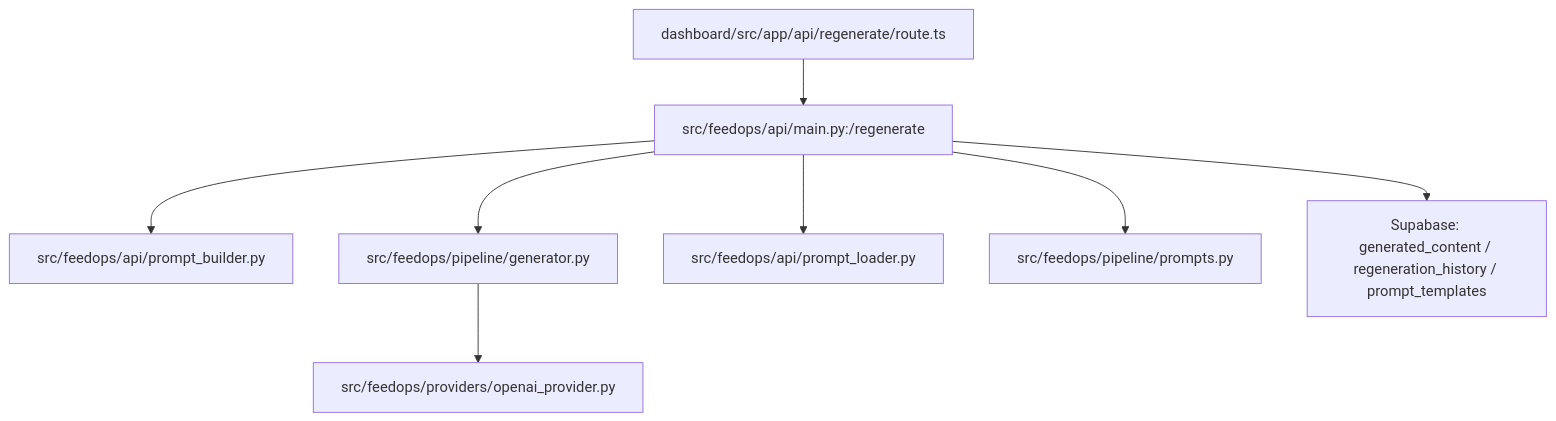
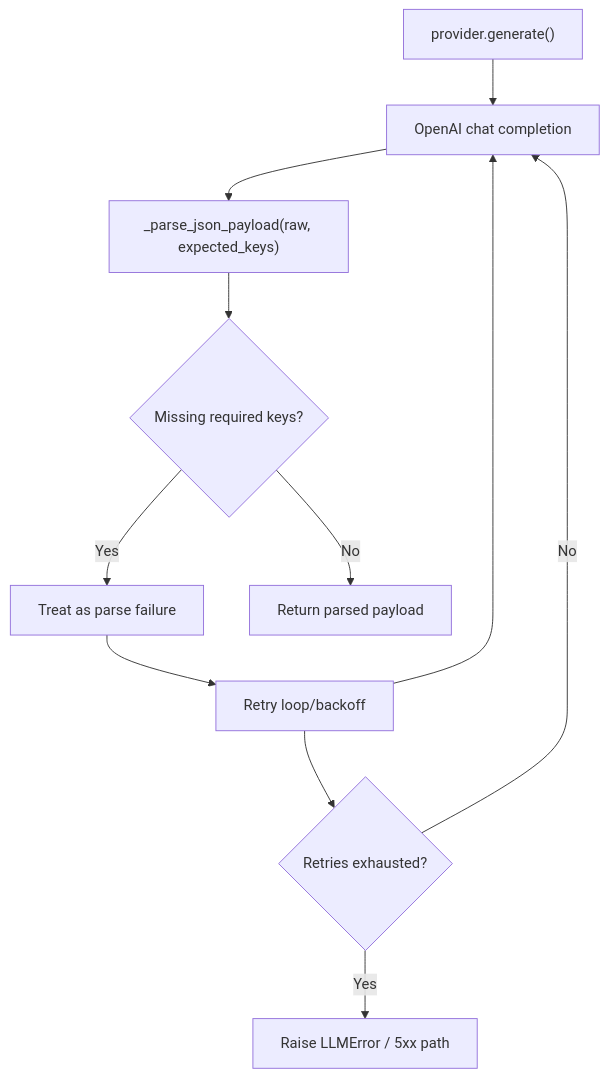
Before and after one commit to bobby-andris/Allied-FeedOps: the seventh of 8 diagrams in docs/architecture/2026-02-26-prompt-source-and-generation-flow.md, drawn with Mermaid. The commit also changed other lines of this file and 12 other files, not shown here.

First line of the commit message:
feat(regenerate): async enqueue/status path and parity guardrails (#22)

````diff
--- a/docs/architecture/2026-02-26-prompt-source-and-generation-flow.md
+++ b/docs/architecture/2026-02-26-prompt-source-and-generation-flow.md
@@ -77,10 +186,14 @@
 ```mermaid
 flowchart TD
-  A["dashboard/src/app/api/regenerate/route.ts"] --> B["src/feedops/api/main.py:/regenerate"]
-  B --> C["src/feedops/api/prompt_builder.py"]
-  B --> D["src/feedops/pipeline/generator.py"]
-  D --> E["src/feedops/providers/openai_provider.py"]
-  B --> F["src/feedops/api/prompt_loader.py"]
-  B --> G["src/feedops/pipeline/prompts.py"]
-  B --> H["Supabase: generated_content / regeneration_history / prompt_templates"]
+  A["provider.generate()"] --> B["OpenAI chat completion"]
+  B --> C["_parse_json_payload(raw, expected_keys)"]
+  C --> D{"Missing required keys?"}
+  D -->|"Yes"| E["Treat as parse failure"]
+  E --> F["Retry loop/backoff"]
+  F --> B
+  D -->|"No"| G["Return parsed payload"]
+
+  F --> H{"Retries exhausted?"}
+  H -->|"Yes"| I["Raise LLMError / 5xx path"]
+  H -->|"No"| B
 ```
````
